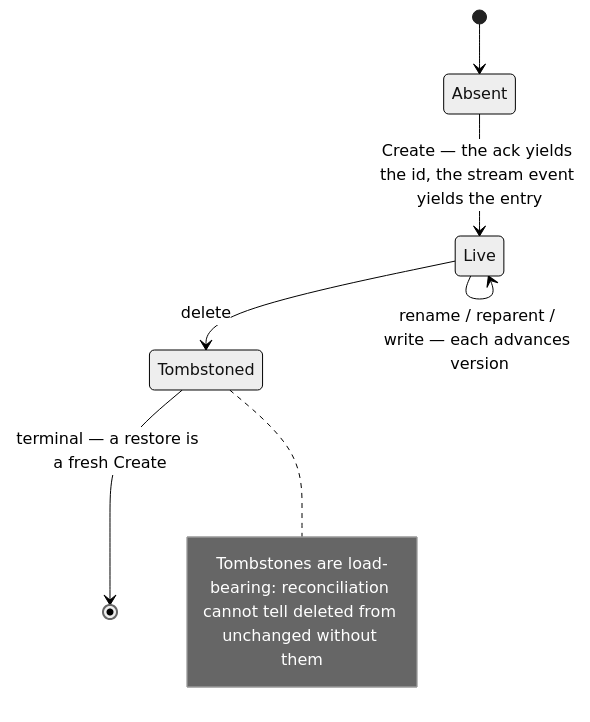
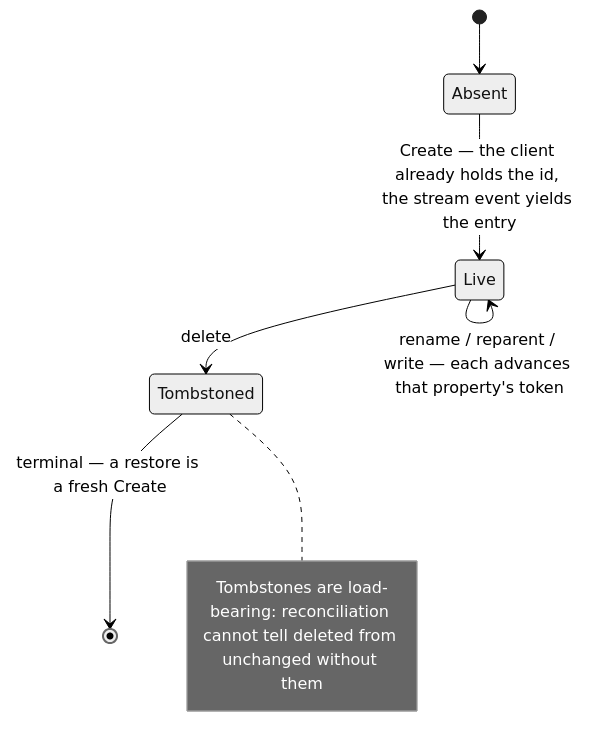
Before and after one commit to pmalacho-mit/wsfs_suede: the seventh of 18 diagrams in docs/ARCHITECTURE.md, drawn with Mermaid (neutral theme). The commit also changed other lines of this file and 69 other files, not shown here.

````diff
--- a/docs/ARCHITECTURE.md
+++ b/docs/ARCHITECTURE.md
@@ -436,11 +471,11 @@
 ```mermaid
 stateDiagram-v2
     [*] --> Absent
-    Absent --> Live : Create — the ack yields the id, the stream event yields the entry
-    Live --> Live : rename / reparent / write — each advances version
+    Absent --> Live : Create — the client already holds the id, the stream event yields the entry
+    Live --> Live : rename / reparent / write — each advances that property's token
     Live --> Tombstoned : delete
     Tombstoned --> [*] : terminal — a restore is a fresh Create
     note right of Tombstoned
         Tombstones are load-bearing: reconciliation cannot tell deleted from unchanged without them
     end note
 ```
````
